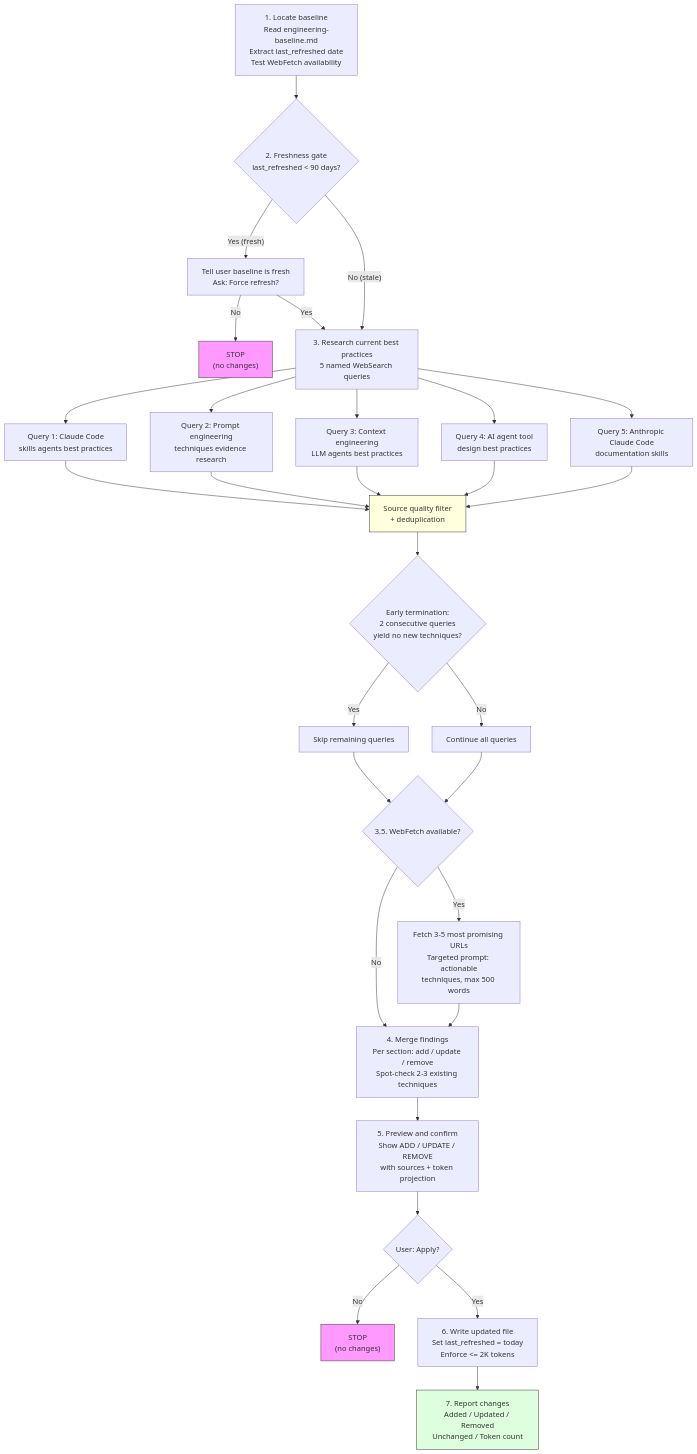
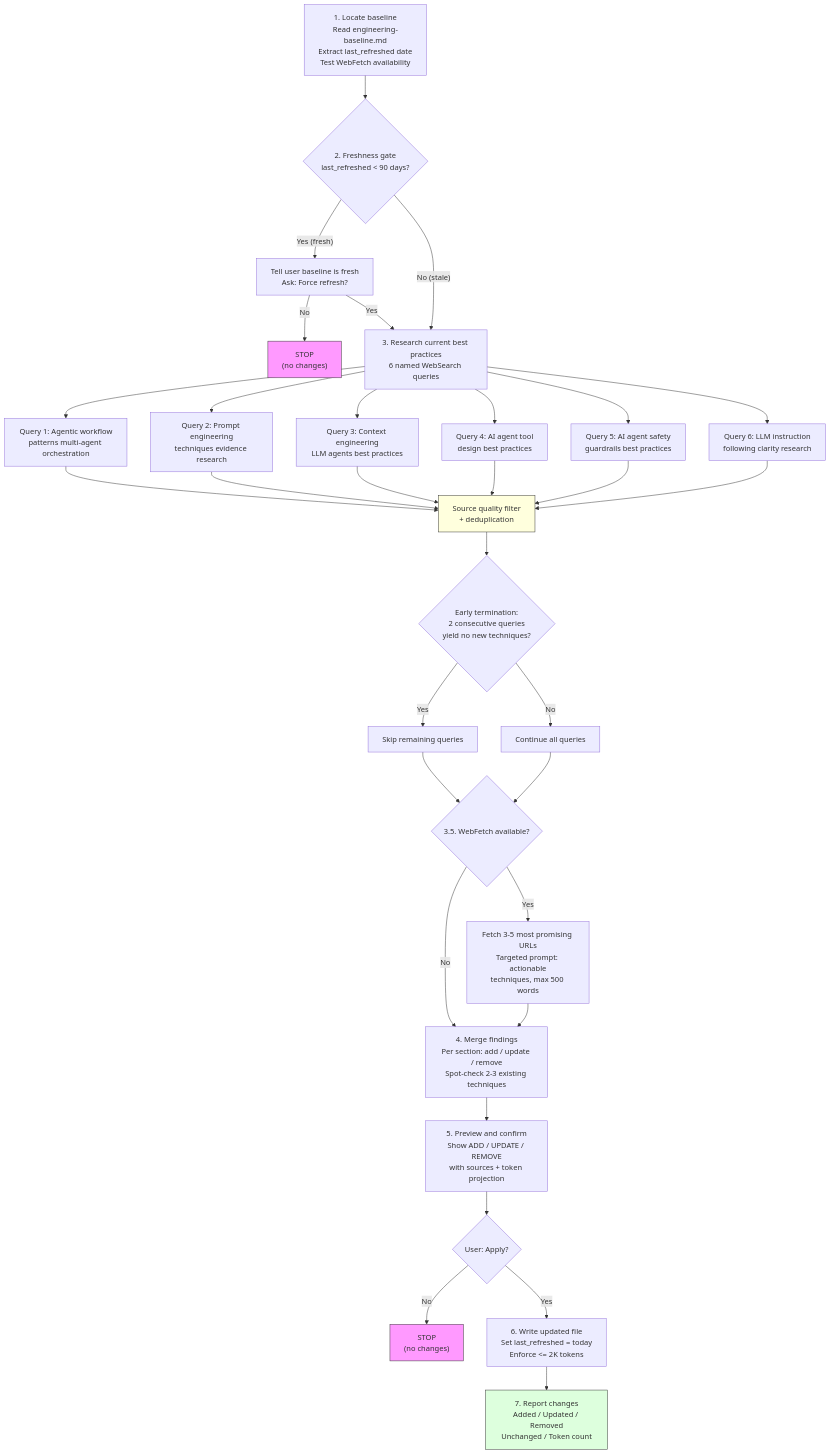
One commit to Nosmoht/review-claude-config changed the diagram in docs/skills/refresh-engineering-baseline.md. Above: the diagram before and after it, drawn with Mermaid. The commit also changed other lines of this file and 2 other files, not shown here.

First line of the commit message:
feat(refresh-baseline): expand research queries from 5 to 6, covering safety and clarity

````diff
--- a/docs/skills/refresh-engineering-baseline.md
+++ b/docs/skills/refresh-engineering-baseline.md
@@ -25,48 +25,50 @@
 ```mermaid
 flowchart TD
     A["1. Locate baseline<br/>Read engineering-baseline.md<br/>Extract last_refreshed date<br/>Test WebFetch availability"] --> B{"2. Freshness gate<br/>last_refreshed < 90 days?"}
 
     B -- "Yes (fresh)" --> C["Tell user baseline is fresh<br/>Ask: Force refresh?"]
     C -- "No" --> STOP1["STOP<br/>(no changes)"]
     C -- "Yes" --> D
 
-    B -- "No (stale)" --> D["3. Research current best practices<br/>5 named WebSearch queries"]
+    B -- "No (stale)" --> D["3. Research current best practices<br/>6 named WebSearch queries"]
 
-    D --> Q1["Query 1: Claude Code<br/>skills agents best practices"]
+    D --> Q1["Query 1: Agentic workflow<br/>patterns multi-agent orchestration"]
     D --> Q2["Query 2: Prompt engineering<br/>techniques evidence research"]
     D --> Q3["Query 3: Context engineering<br/>LLM agents best practices"]
     D --> Q4["Query 4: AI agent tool<br/>design best practices"]
-    D --> Q5["Query 5: Anthropic Claude Code<br/>documentation skills"]
+    D --> Q5["Query 5: AI agent safety<br/>guardrails best practices"]
+    D --> Q6["Query 6: LLM instruction<br/>following clarity research"]
 
     Q1 --> FILTER["Source quality filter<br/>+ deduplication"]
     Q2 --> FILTER
     Q3 --> FILTER
     Q4 --> FILTER
     Q5 --> FILTER
+    Q6 --> FILTER
 
     FILTER --> EARLY{"Early termination:<br/>2 consecutive queries<br/>yield no new techniques?"}
     EARLY -- "Yes" --> SKIP["Skip remaining queries"]
     EARLY -- "No" --> CONT["Continue all queries"]
 
     SKIP --> FETCH
     CONT --> FETCH
 
     FETCH{"3.5. WebFetch available?"}
     FETCH -- "Yes" --> WF["Fetch 3-5 most promising URLs<br/>Targeted prompt: actionable<br/>techniques, max 500 words"]
     FETCH -- "No" --> MERGE
 
     WF --> MERGE["4. Merge findings<br/>Per section: add / update / remove<br/>Spot-check 2-3 existing techniques"]
 
     MERGE --> PREVIEW["5. Preview and confirm<br/>Show ADD / UPDATE / REMOVE<br/>with sources + token projection"]
     PREVIEW --> CONFIRM{"User: Apply?"}
 
     CONFIRM -- "No" --> STOP2["STOP<br/>(no changes)"]
     CONFIRM -- "Yes" --> WRITE["6. Write updated file<br/>Set last_refreshed = today<br/>Enforce <= 2K tokens"]
 
     WRITE --> REPORT["7. Report changes<br/>Added / Updated / Removed<br/>Unchanged / Token count"]
 
     style STOP1 fill:#f9f,stroke:#333
     style STOP2 fill:#f9f,stroke:#333
     style FILTER fill:#ffd,stroke:#333
     style REPORT fill:#dfd,stroke:#333
 ```
````
